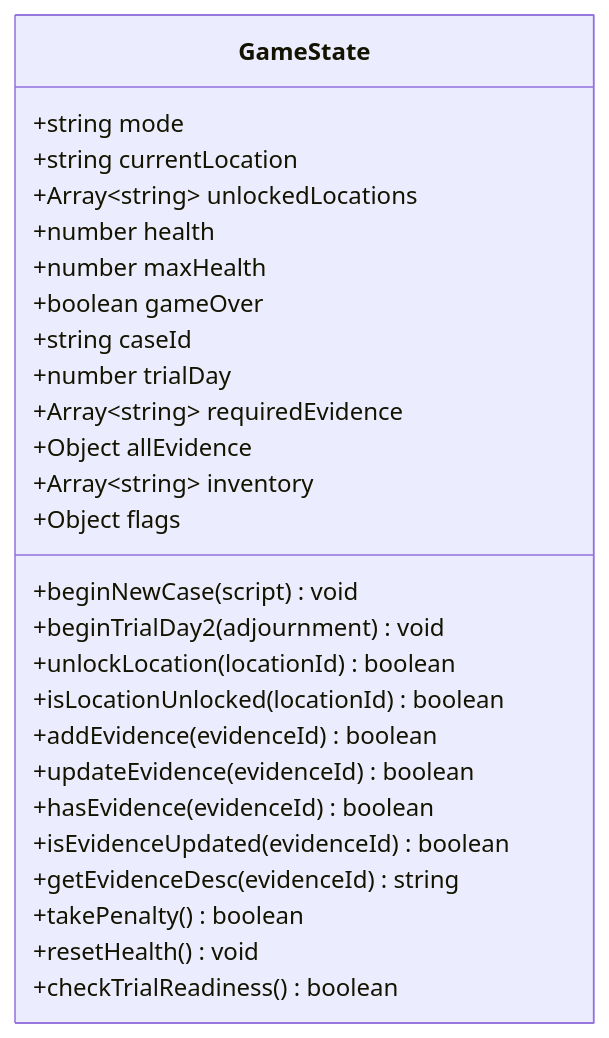
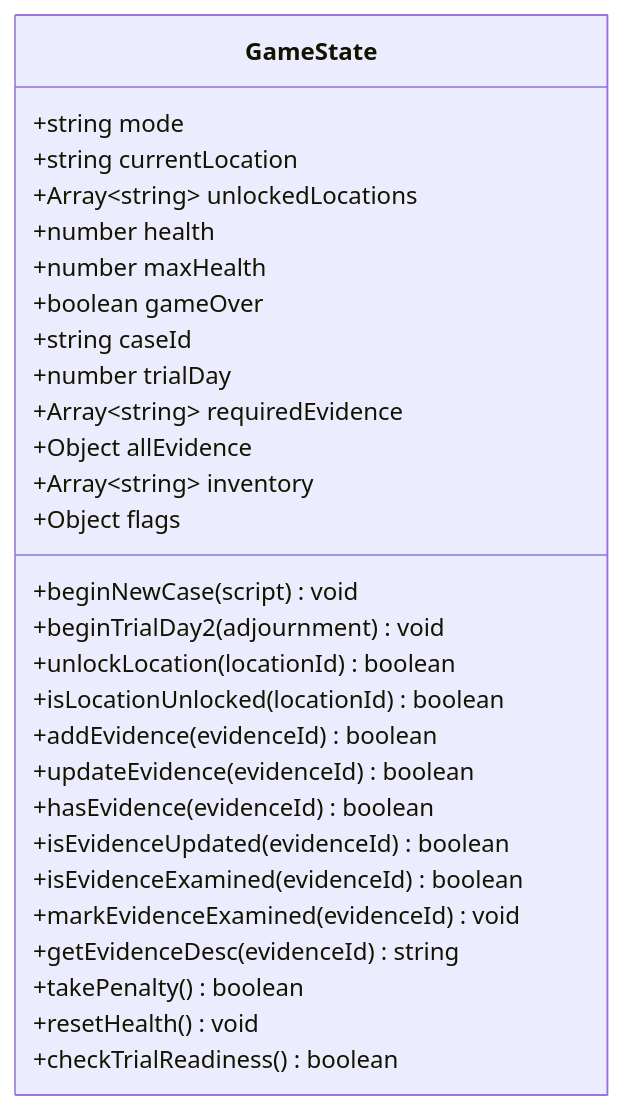
Before and after one commit to luisoncpp/aa-chapulin: the diagram in docs/architecture/game-state.md, drawn with Mermaid. The commit also changed other lines of this file and 118 other files, not shown here.

````diff
--- a/docs/architecture/game-state.md
+++ b/docs/architecture/game-state.md
@@ -9,29 +13,31 @@
 ```mermaid
 classDiagram
     class GameState {
         +string mode
         +string currentLocation
         +Array~string~ unlockedLocations
         +number health
         +number maxHealth
         +boolean gameOver
         +string caseId
         +number trialDay
         +Array~string~ requiredEvidence
         +Object allEvidence
         +Array~string~ inventory
         +Object flags
         +beginNewCase(script) void
         +beginTrialDay2(adjournment) void
         +unlockLocation(locationId) boolean
         +isLocationUnlocked(locationId) boolean
         +addEvidence(evidenceId) boolean
         +updateEvidence(evidenceId) boolean
         +hasEvidence(evidenceId) boolean
         +isEvidenceUpdated(evidenceId) boolean
+        +isEvidenceExamined(evidenceId) boolean
+        +markEvidenceExamined(evidenceId) void
         +getEvidenceDesc(evidenceId) string
         +takePenalty() boolean
         +resetHealth() void
         +checkTrialReadiness() boolean
     }
 ```
````
